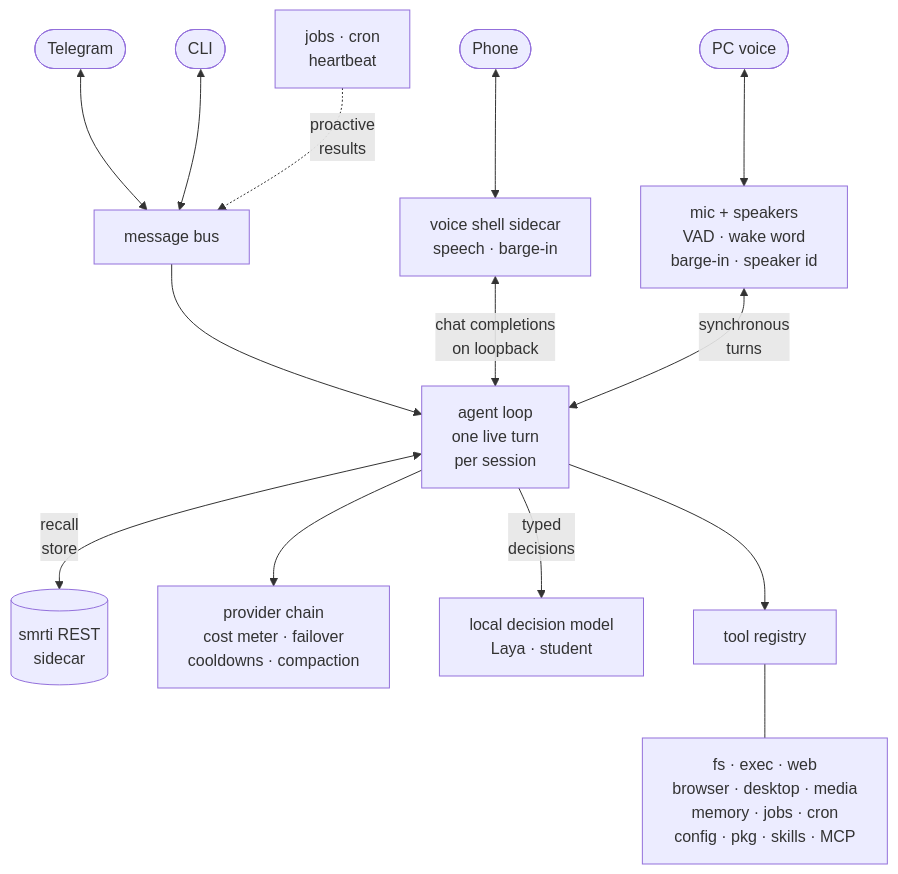
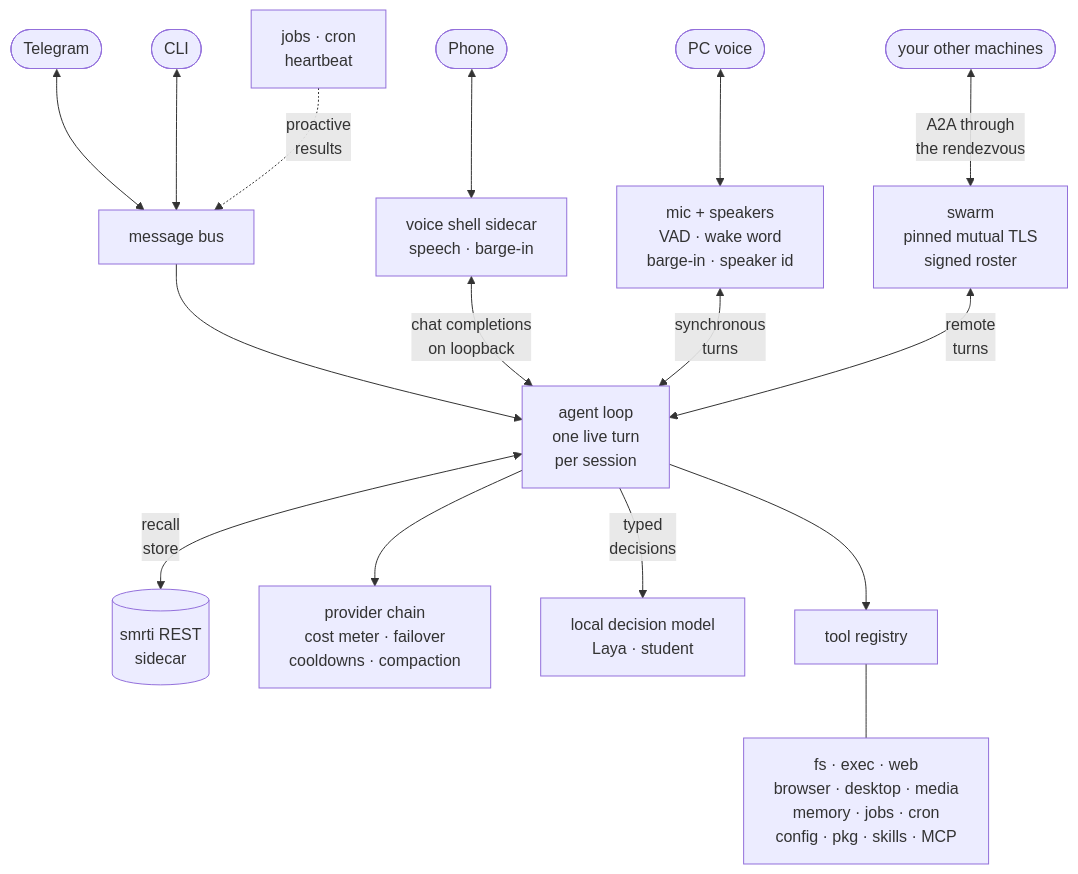
Before and after one commit to cyqlelabs/factor: the diagram in docs/assets/architecture.mmd, drawn with Mermaid. The commit also changed 14 other files, not shown here.

```diff
--- a/docs/assets/architecture.mmd
+++ b/docs/assets/architecture.mmd
@@ -1,14 +1,16 @@
 flowchart TD
     TG([Telegram]) <--> BUS
     CLI([CLI]) <--> BUS
     PH([Phone]) <--> SHELL["voice shell sidecar<br/>speech · barge-in"]
     PC([PC voice]) <--> MIC["mic + speakers<br/>VAD · wake word<br/>barge-in · speaker id"]
     BUS[message bus] --> LOOP
     SHELL <-->|chat completions<br/>on loopback| LOOP
     MIC <-->|synchronous<br/>turns| LOOP
     LOOP["agent loop<br/>one live turn<br/>per session"] <-->|recall<br/>store| MEM[("smrti REST<br/>sidecar")]
     LOOP --> PROV["provider chain<br/>cost meter · failover<br/>cooldowns · compaction"]
     LOOP -->|typed<br/>decisions| DEC["local decision model<br/>Laya · student"]
     LOOP --> REG[tool registry]
     REG --- SUITES["fs · exec · web<br/>browser · desktop · media<br/>memory · jobs · cron<br/>config · pkg · skills · MCP"]
     BG[jobs · cron<br/>heartbeat] -.->|proactive<br/>results| BUS
+    PEERS([your other machines]) <-->|A2A through<br/>the rendezvous| SW["swarm<br/>pinned mutual TLS<br/>signed roster"]
+    SW <-->|remote<br/>turns| LOOP
```
